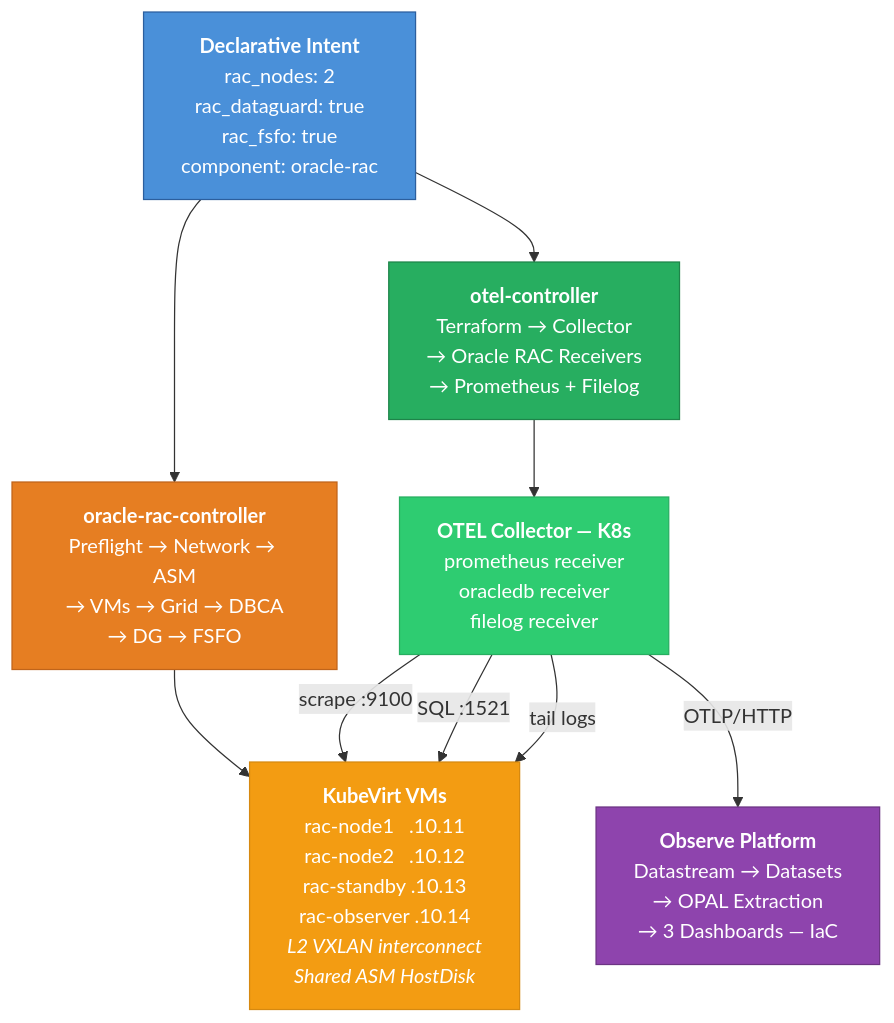
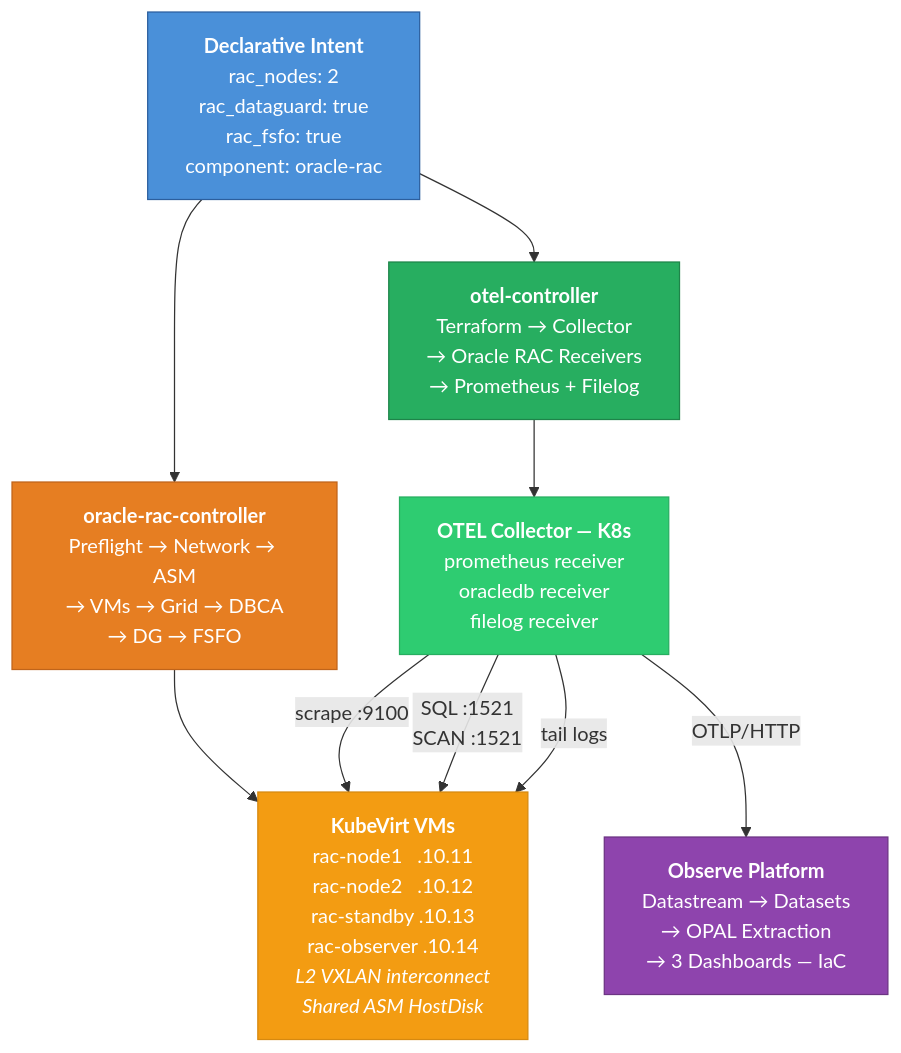
Before and after one commit to mazsola2k/platform-engineering: the first of 3 diagrams in oracle-rac/README.MD, drawn with Mermaid. The commit also changed other lines of this file, not shown here.

````diff
--- a/oracle-rac/README.MD
+++ b/oracle-rac/README.MD
@@ -23,24 +23,24 @@
 ```mermaid
 flowchart TB
     Intent["<b>Declarative Intent</b><br/>rac_nodes: 2<br/>rac_dataguard: true<br/>rac_fsfo: true<br/>component: oracle-rac"]
 
     Intent --> RAC["<b>oracle-rac-controller</b><br/>Preflight → Network → ASM<br/>→ VMs → Grid → DBCA<br/>→ DG → FSFO"]
     Intent --> OTEL["<b>otel-controller</b><br/>Terraform → Collector<br/>→ Oracle RAC Receivers<br/>→ Prometheus + Filelog"]
 
     RAC --> VMs["<b>KubeVirt VMs</b><br/>rac-node1 &ensp;.10.11<br/>rac-node2 &ensp;.10.12<br/>rac-standby .10.13<br/>rac-observer .10.14<br/><i>L2 VXLAN interconnect</i><br/><i>Shared ASM HostDisk</i>"]
 
     OTEL --> Collector["<b>OTEL Collector — K8s</b><br/>prometheus receiver<br/>oracledb receiver<br/>filelog receiver"]
 
     Collector -- "scrape :9100" --> VMs
-    Collector -- "SQL :1521" --> VMs
+    Collector -- "SQL :1521<br/>SCAN :1521" --> VMs
     Collector -- "tail logs" --> VMs
 
     Collector -- "OTLP/HTTP" --> Observe["<b>Observe Platform</b><br/>Datastream → Datasets<br/>→ OPAL Extraction<br/>→ 3 Dashboards — IaC"]
 
     style Intent fill:#4a90d9,stroke:#2c5f9e,color:#fff
     style RAC fill:#e67e22,stroke:#c0641a,color:#fff
     style OTEL fill:#27ae60,stroke:#1e8449,color:#fff
     style VMs fill:#f39c12,stroke:#d68910,color:#fff
     style Collector fill:#2ecc71,stroke:#27ae60,color:#fff
     style Observe fill:#8e44ad,stroke:#6c3483,color:#fff
 ```
````
